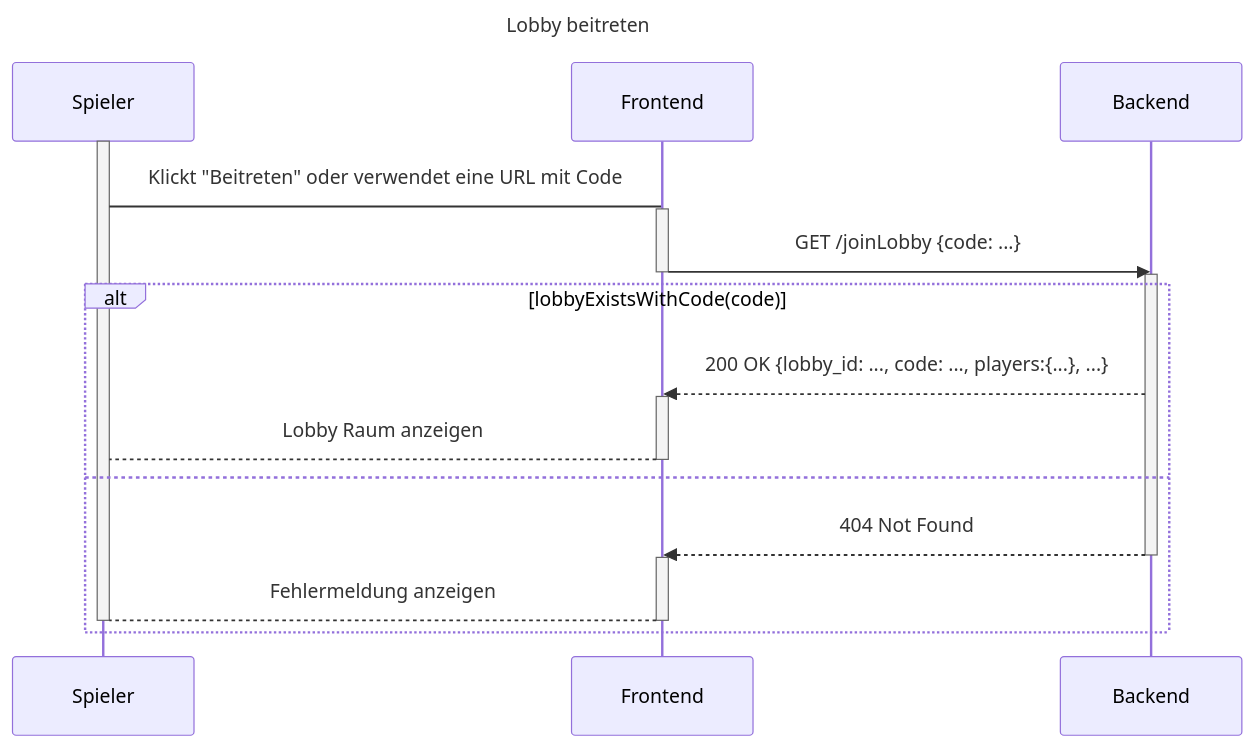
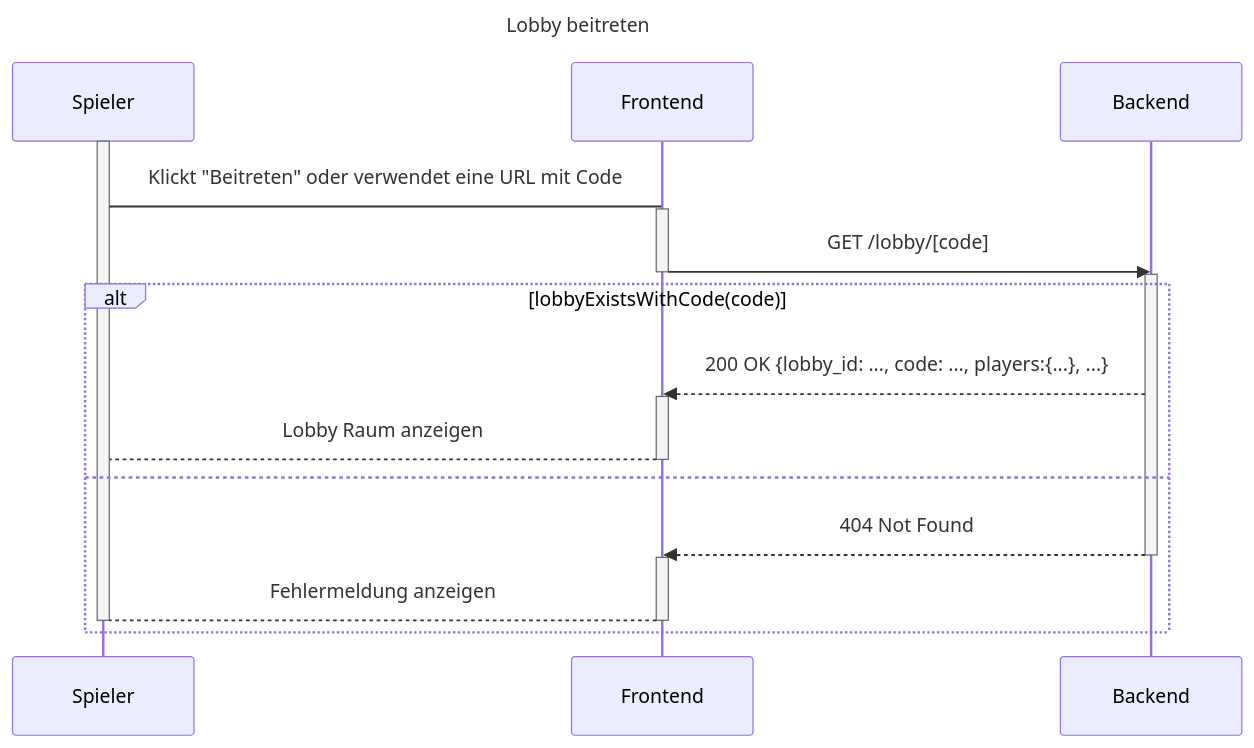
Before and after one commit to Hexfields-Studio/HexfieldsDominion-Artefacts: the second of 2 diagrams in srs/lobby_management/lobby_erstellen_beitreten/lobby_erstellen_beitreten.md, drawn with Mermaid.

Commit message:
Die Lobby URL soll jetzt nur den Code als Request Parameter beinhalten

````diff
--- a/srs/lobby_management/lobby_erstellen_beitreten/lobby_erstellen_beitreten.md
+++ b/srs/lobby_management/lobby_erstellen_beitreten/lobby_erstellen_beitreten.md
@@ -62,30 +62,30 @@
 ```mermaid
 sequenceDiagram
 title Lobby beitreten
 
 participant Spieler
 participant Frontend
 participant Backend
 
 activate Spieler
 Spieler->Frontend: Klickt "Beitreten" oder verwendet eine URL mit Code
 activate Frontend
-  Frontend->>Backend: GET /joinLobby {code: ...}
+  Frontend->>Backend: GET /lobby/[code]
   
 deactivate Frontend
 activate Backend
   alt lobbyExistsWithCode(code)
   Backend-->>Frontend: 200 OK {lobby_id: ..., code: ..., players:{...}, ...}
   activate Frontend
   Frontend --> Spieler: Lobby Raum anzeigen
   deactivate Frontend
   else
   Backend-->>Frontend: 404 Not Found
   deactivate Backend
   activate Frontend
   Frontend --> Spieler: Fehlermeldung anzeigen
   deactivate Frontend
   deactivate Spieler
   end
 
 ```
````
